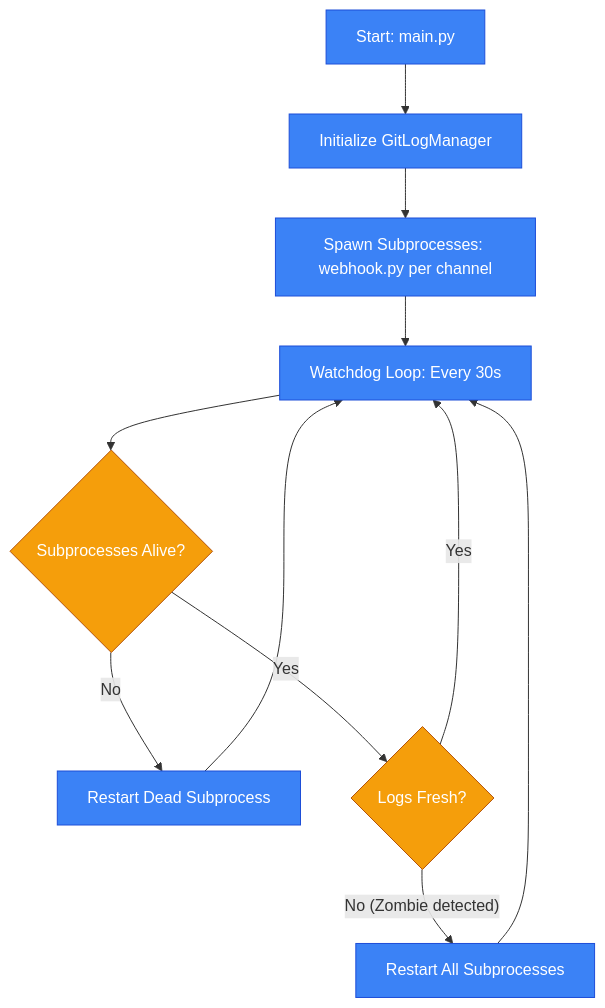
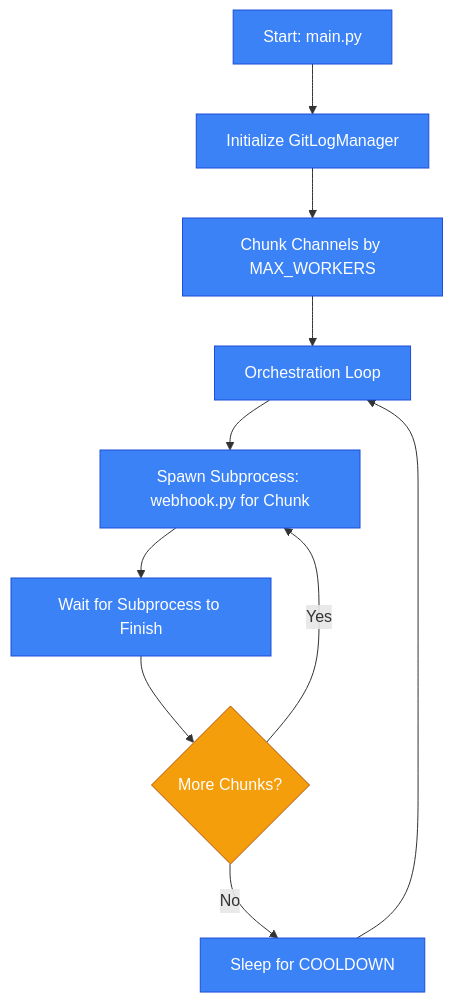
One commit to Telecord-Disgram/NaviaMains-HSRFeed changed the first of 2 diagrams in README.md. Above: the diagram before and after it, drawn with Mermaid. The commit also changed other lines of this file and 9 other files, not shown here.

````diff
--- a/README.md
+++ b/README.md
@@ -19,20 +77,19 @@
 ```mermaid
 graph TD
     Start[Start: main.py] --> InitGit[Initialize GitLogManager]
-    InitGit --> SpawnBots[Spawn Subprocesses: webhook.py per channel]
-    SpawnBots --> WatchdogLoop["Watchdog Loop: Every 30s"]
+    InitGit --> ChunkChannels[Chunk Channels by MAX_WORKERS]
+    ChunkChannels --> OrchestrationLoop["Orchestration Loop"]
     
-    WatchdogLoop --> CheckHealth{"Subprocesses Alive?"}
-    CheckHealth -- No --> RestartDead[Restart Dead Subprocess]
-    RestartDead --> WatchdogLoop
+    OrchestrationLoop --> SpawnChunk[Spawn Subprocess: webhook.py for Chunk]
+    SpawnChunk --> WaitChunk[Wait for Subprocess to Finish]
+    WaitChunk --> MoreChunks{"More Chunks?"}
     
-    CheckHealth -- Yes --> CheckZombies{"Logs Fresh?"}
-    CheckZombies -- No (Zombie detected) --> RestartAll[Restart All Subprocesses]
-    RestartAll --> WatchdogLoop
-    CheckZombies -- Yes --> WatchdogLoop
+    MoreChunks -- Yes --> SpawnChunk
+    MoreChunks -- No --> Cooldown[Sleep for COOLDOWN]
+    Cooldown --> OrchestrationLoop
 
     classDef proc fill:#3b82f6,stroke:#1d4ed8,color:#fff
     classDef decis fill:#f59e0b,stroke:#b45309,color:#fff
-    class Start,InitGit,SpawnBots,WatchdogLoop,RestartDead,RestartAll proc
-    class CheckHealth,CheckZombies decis
+    class Start,InitGit,ChunkChannels,OrchestrationLoop,SpawnChunk,WaitChunk,Cooldown proc
+    class MoreChunks decis
 ```
````
